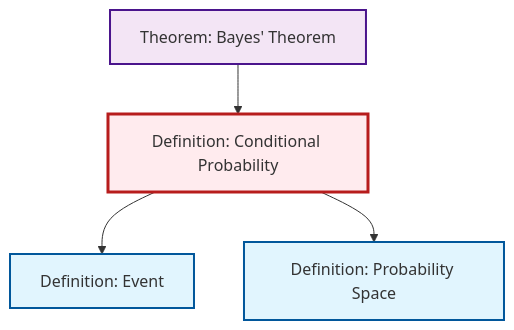
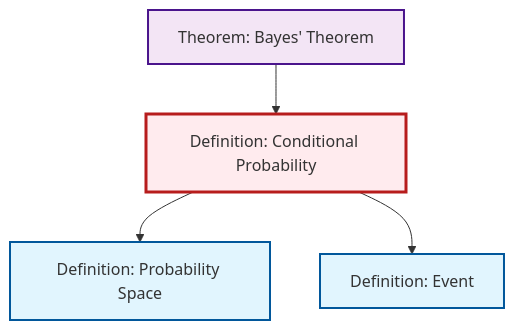
One commit to RK0429/ModernMath changed the diagram in content/en/probability-statistics/def-conditional-probability.qmd. Above: the diagram before and after it, drawn with Mermaid. The commit also changed other lines of this file and 434 other files, not shown here.

````diff
--- a/content/en/probability-statistics/def-conditional-probability.qmd
+++ b/content/en/probability-statistics/def-conditional-probability.qmd
@@ -69,20 +69,20 @@
 ```{mermaid}
 %%| fig-cap: "Local dependency graph"
 graph TD
     classDef definition fill:#e1f5fe,stroke:#01579b,stroke-width:2px
     classDef theorem fill:#f3e5f5,stroke:#4a148c,stroke-width:2px
     classDef axiom fill:#fff3e0,stroke:#e65100,stroke-width:2px
     classDef example fill:#e8f5e9,stroke:#1b5e20,stroke-width:2px
     classDef current fill:#ffebee,stroke:#b71c1c,stroke-width:3px
+    thm-bayes["Theorem: Bayes' Theorem"]:::theorem
     def-probability-space["Definition: Probability Space"]:::definition
-    thm-bayes["Theorem: Bayes' Theorem"]:::theorem
     def-event["Definition: Event"]:::definition
     def-conditional-probability["Definition: Conditional Probability"]:::definition
-    def-conditional-probability --> def-event
     thm-bayes --> def-conditional-probability
     def-conditional-probability --> def-probability-space
+    def-conditional-probability --> def-event
     class def-conditional-probability current
+    click thm-bayes "thm-bayes.html" "Go to Bayes' Theorem theorem"
     click def-probability-space "def-probability-space.html" "Go to Probability Space definition"
-    click thm-bayes "thm-bayes.html" "Go to Bayes' Theorem theorem"
     click def-event "def-event.html" "Go to Event definition"
 ```
````
